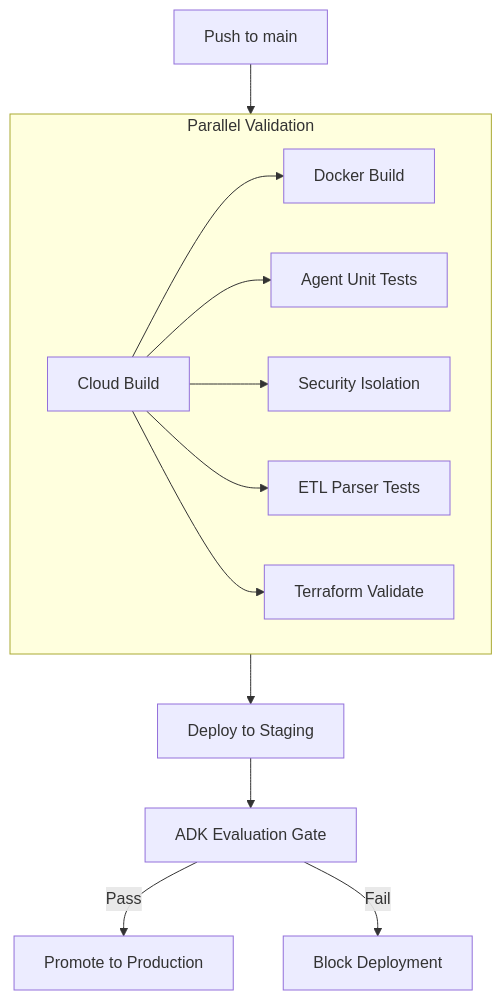
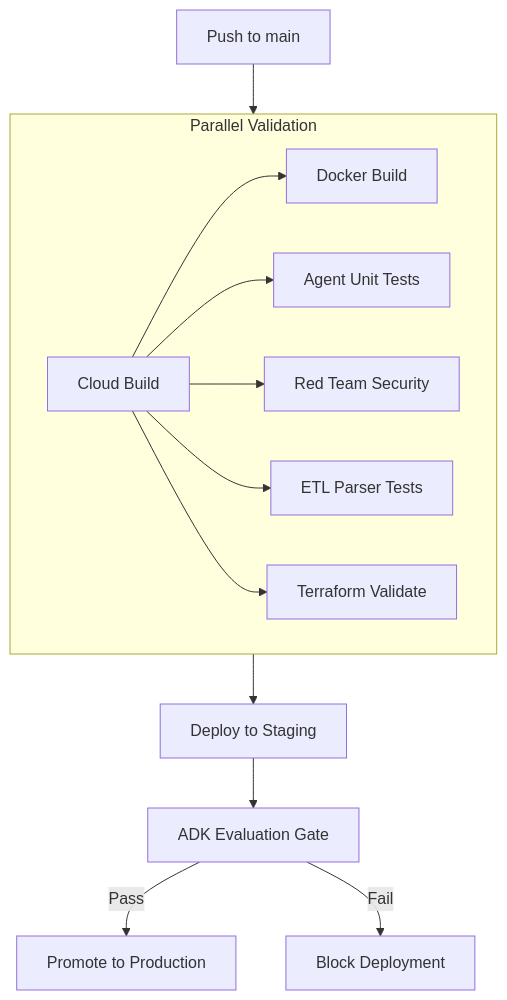
The second of 2 diagrams in README.md (rezkabiri/jit-two-stage-retrieval), drawn with Mermaid before and after one commit. The commit also changed 5 other files, not shown here.

First line of the commit message:
refactor: rename security tests to Red Team isolation tests

````diff
--- a/README.md
+++ b/README.md
@@ -38,18 +38,18 @@
 ```mermaid
 graph TD
     Push[Push to main] --> CB[Cloud Build]
     
     subgraph Parallel_Checks [Parallel Validation]
         direction LR
         CB --> Docker[Docker Build]
         CB --> Unit[Agent Unit Tests]
-        CB --> Security[Security Isolation]
+        CB --> RedTeam[Red Team Security]
         CB --> ETL[ETL Parser Tests]
         CB --> TF[Terraform Validate]
     end
     
     Parallel_Checks --> DeployStaging[Deploy to Staging]
     DeployStaging --> EvalGate[ADK Evaluation Gate]
     EvalGate -- "Pass" --> Promote[Promote to Production]
     EvalGate -- "Fail" --> Block[Block Deployment]
 ```
````
